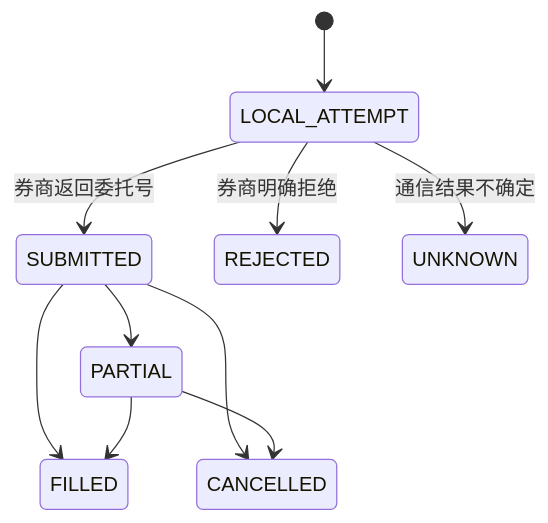
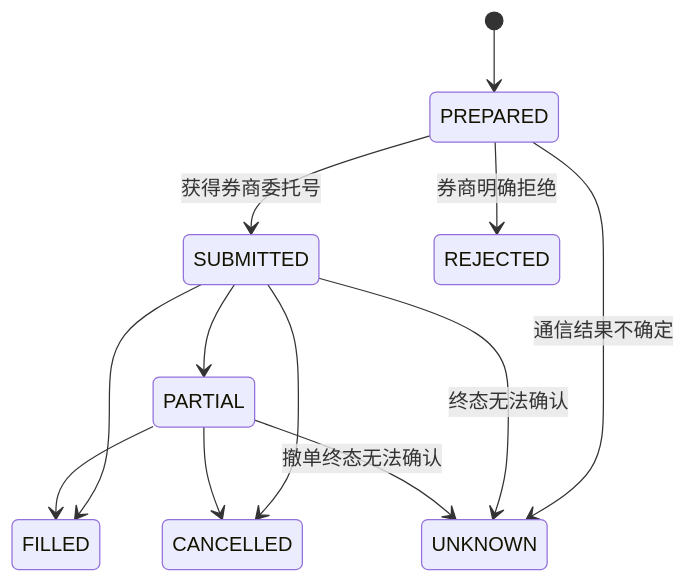
One commit to mwangli/stock-trading changed the diagram in documents/02-business/t1-trading-loop.md. Above: the diagram before and after it, drawn with Mermaid. The commit also changed other lines of this file and 25 other files, not shown here.

````diff
--- a/documents/02-business/t1-trading-loop.md
+++ b/documents/02-business/t1-trading-loop.md
@@ -34,12 +53,14 @@
 ```mermaid
 stateDiagram-v2
-  [*] --> LOCAL_ATTEMPT
-  LOCAL_ATTEMPT --> SUBMITTED: 券商返回委托号
-  LOCAL_ATTEMPT --> REJECTED: 券商明确拒绝
-  LOCAL_ATTEMPT --> UNKNOWN: 通信结果不确定
+  [*] --> PREPARED
+  PREPARED --> SUBMITTED: 获得券商委托号
+  PREPARED --> REJECTED: 券商明确拒绝
+  PREPARED --> UNKNOWN: 通信结果不确定
   SUBMITTED --> PARTIAL
   SUBMITTED --> FILLED
   SUBMITTED --> CANCELLED
   PARTIAL --> FILLED
   PARTIAL --> CANCELLED
+  SUBMITTED --> UNKNOWN: 终态无法确认
+  PARTIAL --> UNKNOWN: 撤单终态无法确认
 ```
````
